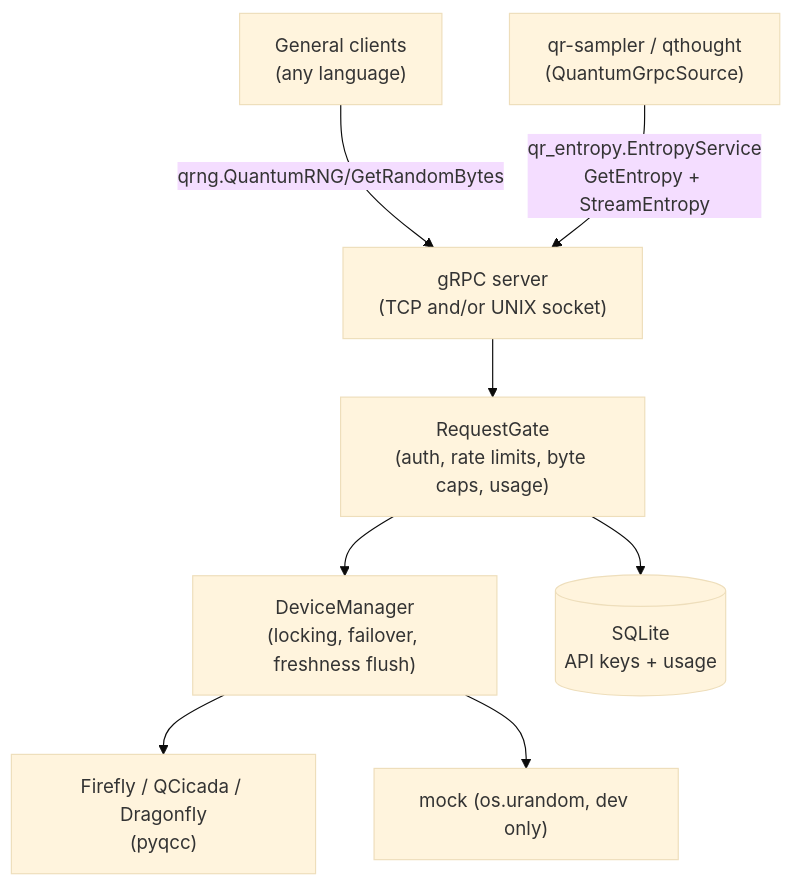
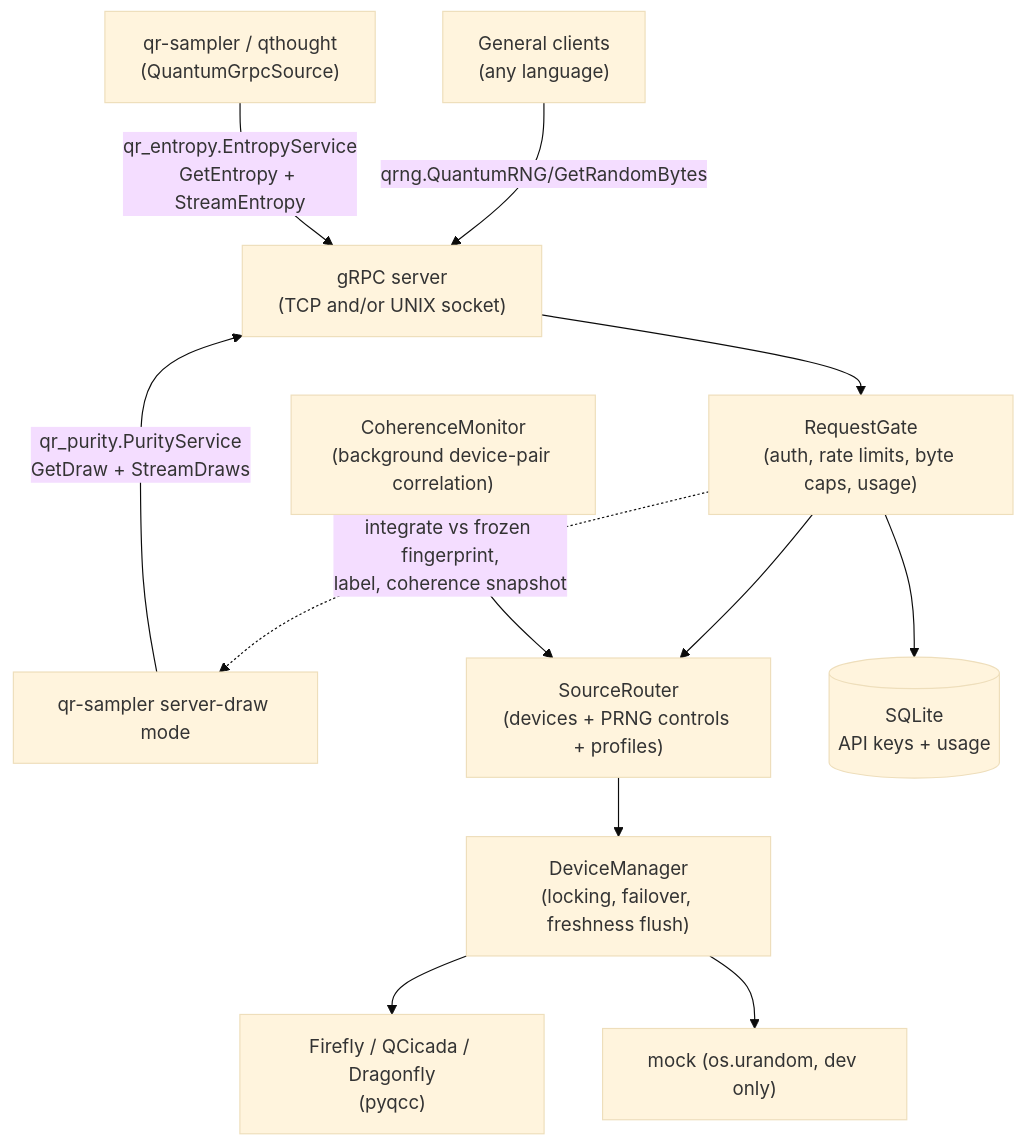
The diagram in README.md (Entropic-Science/Qbert0G), drawn with Mermaid (base theme) before and after one commit. The commit also changed other lines of this file and 26 other files, not shown here.

First line of the commit message:
feat: QPI layer — PurityService, integrators, fingerprints, purity labels, coherence monitor

````diff
--- a/README.md
+++ b/README.md
@@ -21,10 +22,14 @@
 ```mermaid
 flowchart TD
     A["General clients<br/>(any language)"] -- "qrng.QuantumRNG/GetRandomBytes" --> S["gRPC server<br/>(TCP and/or UNIX socket)"]
     B["qr-sampler / qthought<br/>(QuantumGrpcSource)"] -- "qr_entropy.EntropyService<br/>GetEntropy + StreamEntropy" --> S
+    P["qr-sampler server-draw mode"] -- "qr_purity.PurityService<br/>GetDraw + StreamDraws" --> S
     S --> G["RequestGate<br/>(auth, rate limits, byte caps, usage)"]
-    G --> D["DeviceManager<br/>(locking, failover, freshness flush)"]
+    G --> R["SourceRouter<br/>(devices + PRNG controls + profiles)"]
+    R --> D["DeviceManager<br/>(locking, failover, freshness flush)"]
     D --> Q1["Firefly / QCicada / Dragonfly<br/>(pyqcc)"]
     D --> Q2["mock (os.urandom, dev only)"]
     G --> DB[("SQLite<br/>API keys + usage")]
+    M["CoherenceMonitor<br/>(background device-pair correlation)"] --> R
+    G -. "integrate vs frozen fingerprint,<br/>label, coherence snapshot" .-> P
 ```
````
